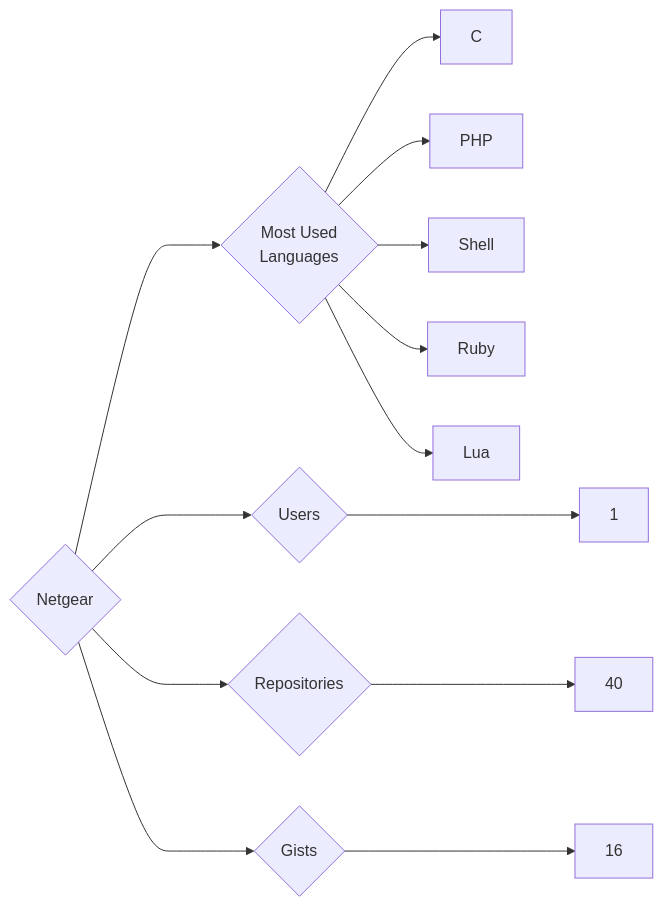
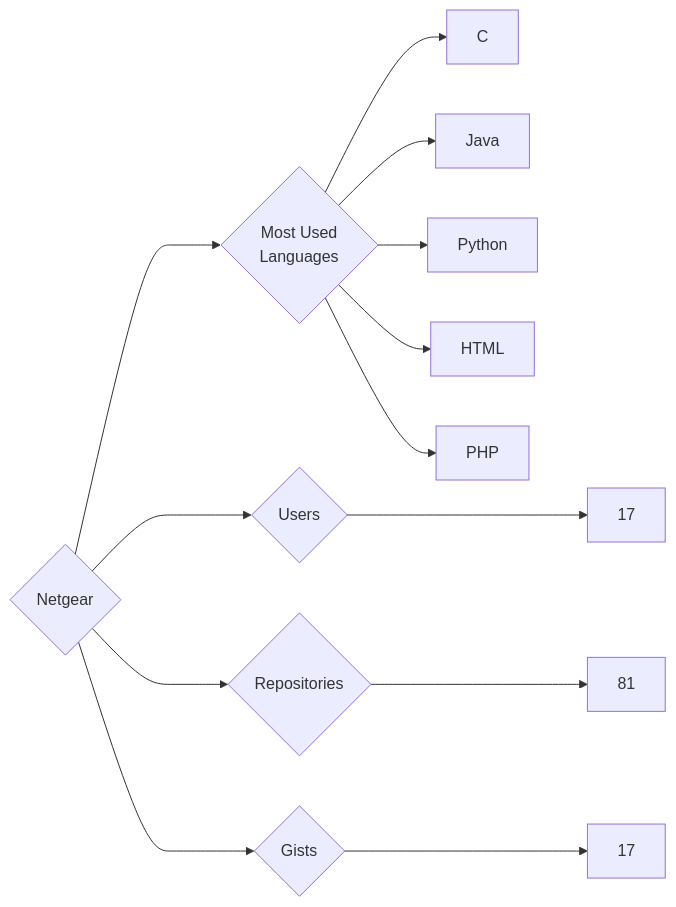
Before and after one commit to trickest/insiders: the diagram in targets/Netgear/README.md, drawn with Mermaid. The commit also changed 794 other files, not shown here.

````diff
--- a/targets/Netgear/README.md
+++ b/targets/Netgear/README.md
@@ -3,13 +3,13 @@
 ```mermaid
 graph LR
 COMPANY_NAME{Netgear}
-COMPANY_NAME ---> U{Users} ---> UN[1]
-COMPANY_NAME ---> R{Repositories} ---> RN[40]
-COMPANY_NAME ---> G{Gists} ---> GN[16]
+COMPANY_NAME ---> U{Users} ---> UN[17]
+COMPANY_NAME ---> R{Repositories} ---> RN[81]
+COMPANY_NAME ---> G{Gists} ---> GN[17]
 COMPANY_NAME ---> ML{Most Used<br>Languages}
 ML --> C[C]
+ML --> Java[Java]
+ML --> Python[Python]
+ML --> HTML[HTML]
 ML --> PHP[PHP]
-ML --> Shell[Shell]
-ML --> Ruby[Ruby]
-ML --> Lua[Lua]
 ```
````
